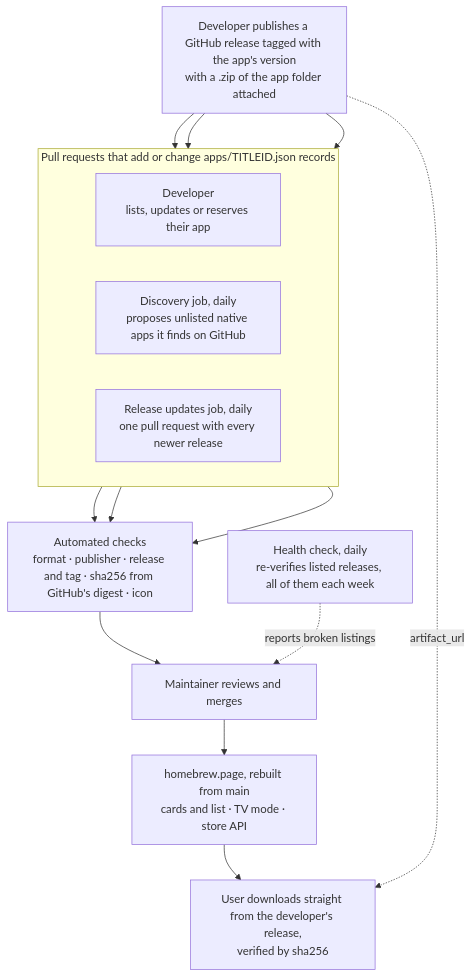
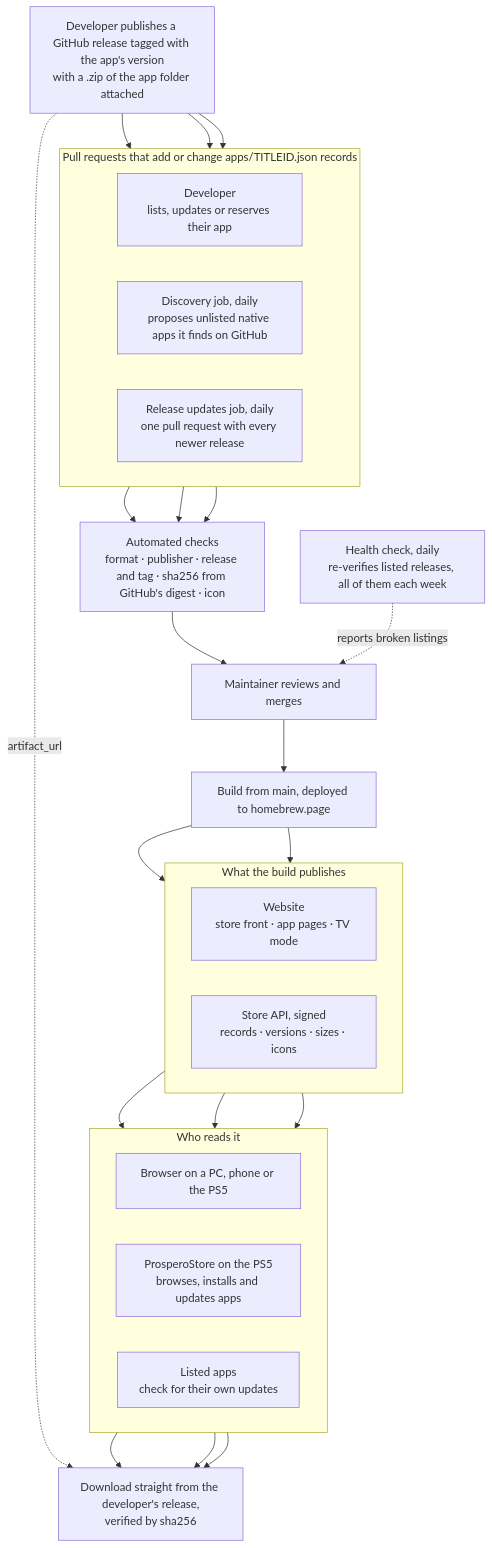
One commit to GordonProsperoMan/ps5-homebrew-catalog changed the diagram in README.md. Above: the diagram before and after it, drawn with Mermaid. The commit also changed other lines of this file, not shown here.

Commit message:
Show the store API, ProsperoStore and app update checks in the README diagram

````diff
--- a/README.md
+++ b/README.md
@@ -19,23 +19,40 @@
 ```mermaid
 flowchart TB
     release["Developer publishes a GitHub release tagged with the app's version<br/>with a .zip of the app folder attached"]
 
     subgraph prs["Pull requests that add or change apps/TITLEID.json records"]
         direction LR
         dev["Developer<br/>lists, updates or reserves their app"]
         discovery["Discovery job, daily<br/>proposes unlisted native apps it finds on GitHub"]
         updates["Release updates job, daily<br/>one pull request with every newer release"]
     end
 
     checks["Automated checks<br/>format · publisher · release and tag · sha256 from GitHub's digest · icon"]
     review["Maintainer reviews and merges"]
-    site["homebrew.page, rebuilt from main<br/>cards and list · TV mode · store API"]
-    user["User downloads straight from the developer's release,<br/>verified by sha256"]
+    build["Build from main, deployed to homebrew.page"]
+
+    subgraph out["What the build publishes"]
+        direction LR
+        site["Website<br/>store front · app pages · TV mode"]
+        api["Store API, signed<br/>records · versions · sizes · icons"]
+    end
+
+    subgraph readers["Who reads it"]
+        direction LR
+        browser["Browser on a PC, phone or the PS5"]
+        store["ProsperoStore on the PS5<br/>browses, installs and updates apps"]
+        apps["Listed apps<br/>check for their own updates"]
+    end
+
+    download["Download straight from the developer's release,<br/>verified by sha256"]
     health["Health check, daily<br/>re-verifies listed releases, all of them each week"]
 
     release --> dev & discovery & updates
     dev & discovery & updates --> checks
-    checks --> review --> site --> user
-    release -. artifact_url .-> user
+    checks --> review --> build --> site & api
+    site --> browser
+    api --> store & apps
+    browser & store & apps --> download
+    release -. artifact_url .-> download
     health -. reports broken listings .-> review
 ```
````
